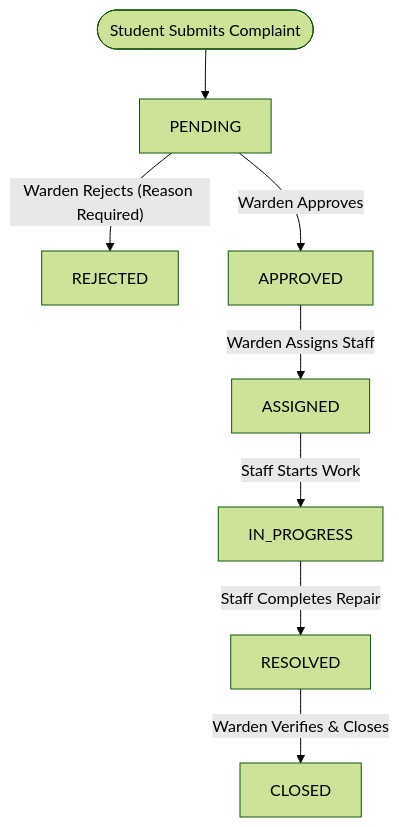
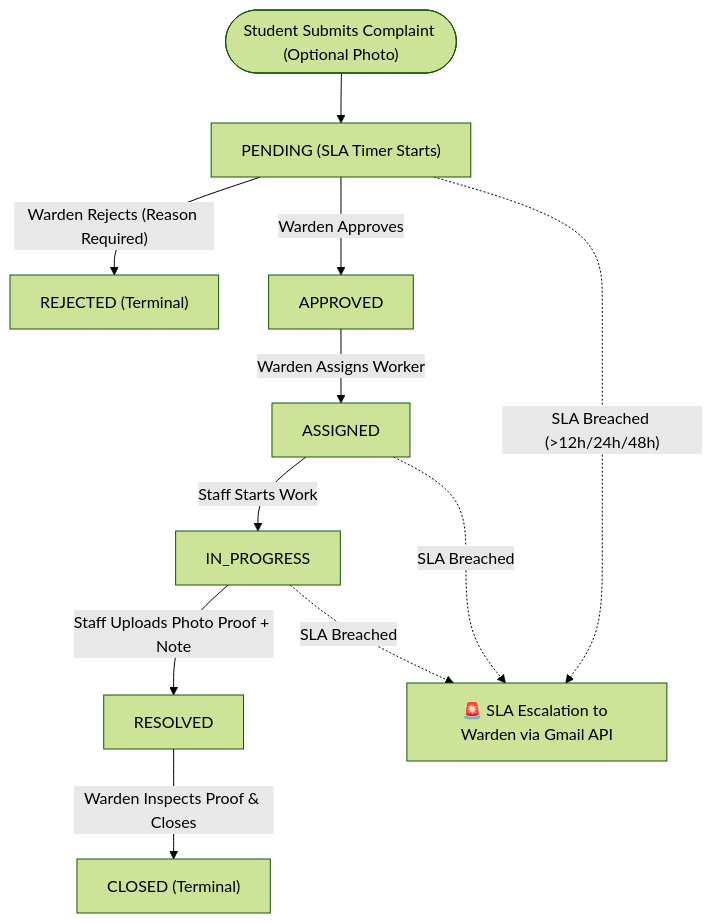
One commit to Jivitesh06/HostelFix changed the first of 2 diagrams in README.md. Above: the diagram before and after it, drawn with Mermaid (forest theme). The commit also changed other lines of this file, not shown here.

Commit message:
docs: update comprehensive README with latest architecture, OCR, SLA, and OTP features

````diff
--- a/README.md
+++ b/README.md
@@ -86,11 +128,15 @@
 ```mermaid
 flowchart TD
-    SUBMIT(["Student Submits Complaint"]) --> PENDING["PENDING"]
+    SUBMIT(["Student Submits Complaint (Optional Photo)"]) --> PENDING["PENDING (SLA Timer Starts)"]
     
-    PENDING -->|"Warden Rejects (Reason Required)"| REJECTED["REJECTED"]
+    PENDING -->|"Warden Rejects (Reason Required)"| REJECTED["REJECTED (Terminal)"]
     PENDING -->|"Warden Approves"| APPROVED["APPROVED"]
-    APPROVED -->|"Warden Assigns Staff"| ASSIGNED["ASSIGNED"]
+    APPROVED -->|"Warden Assigns Worker"| ASSIGNED["ASSIGNED"]
     ASSIGNED -->|"Staff Starts Work"| IN_PROGRESS["IN_PROGRESS"]
-    IN_PROGRESS -->|"Staff Completes Repair"| RESOLVED["RESOLVED"]
-    RESOLVED -->|"Warden Verifies & Closes"| CLOSED["CLOSED"]
+    IN_PROGRESS -->|"Staff Uploads Photo Proof + Note"| RESOLVED["RESOLVED"]
+    RESOLVED -->|"Warden Inspects Proof & Closes"| CLOSED["CLOSED (Terminal)"]
+
+    PENDING -.->|"SLA Breached (>12h/24h/48h)"| SLA["🚨 SLA Escalation to Warden via Gmail API"]
+    ASSIGNED -.->|"SLA Breached"| SLA
+    IN_PROGRESS -.->|"SLA Breached"| SLA
 ```
````
